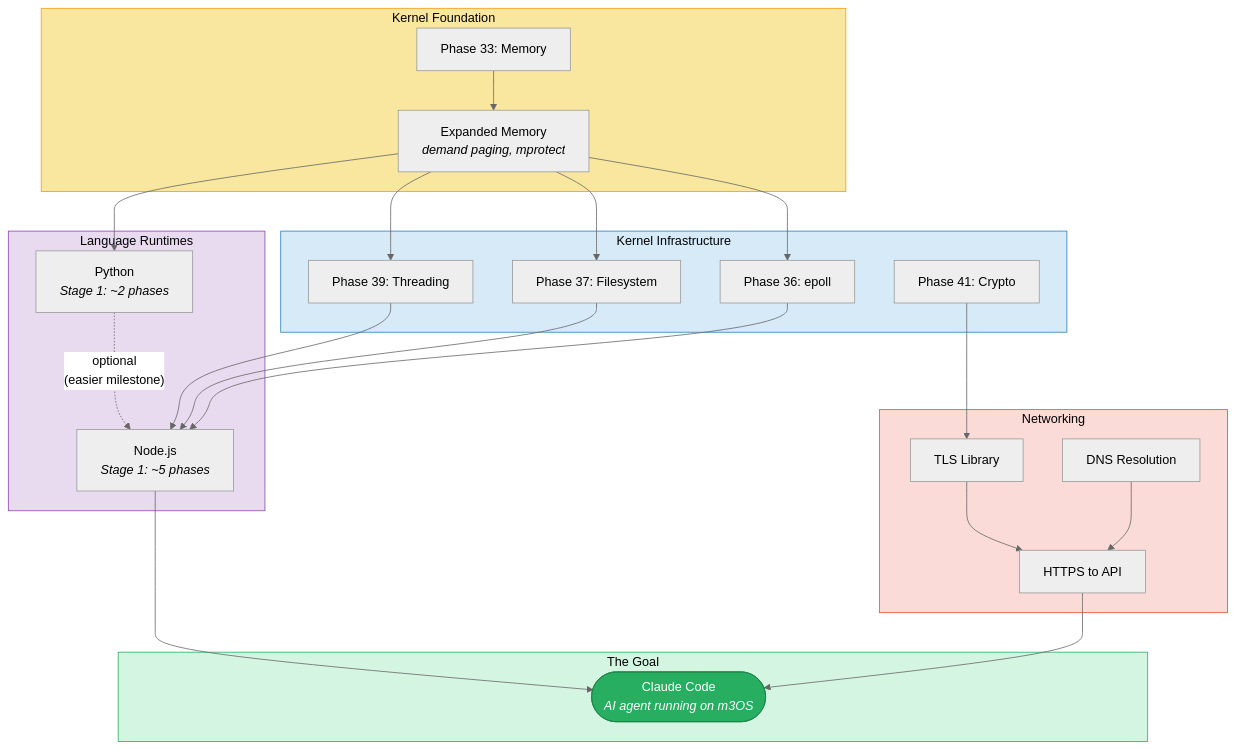
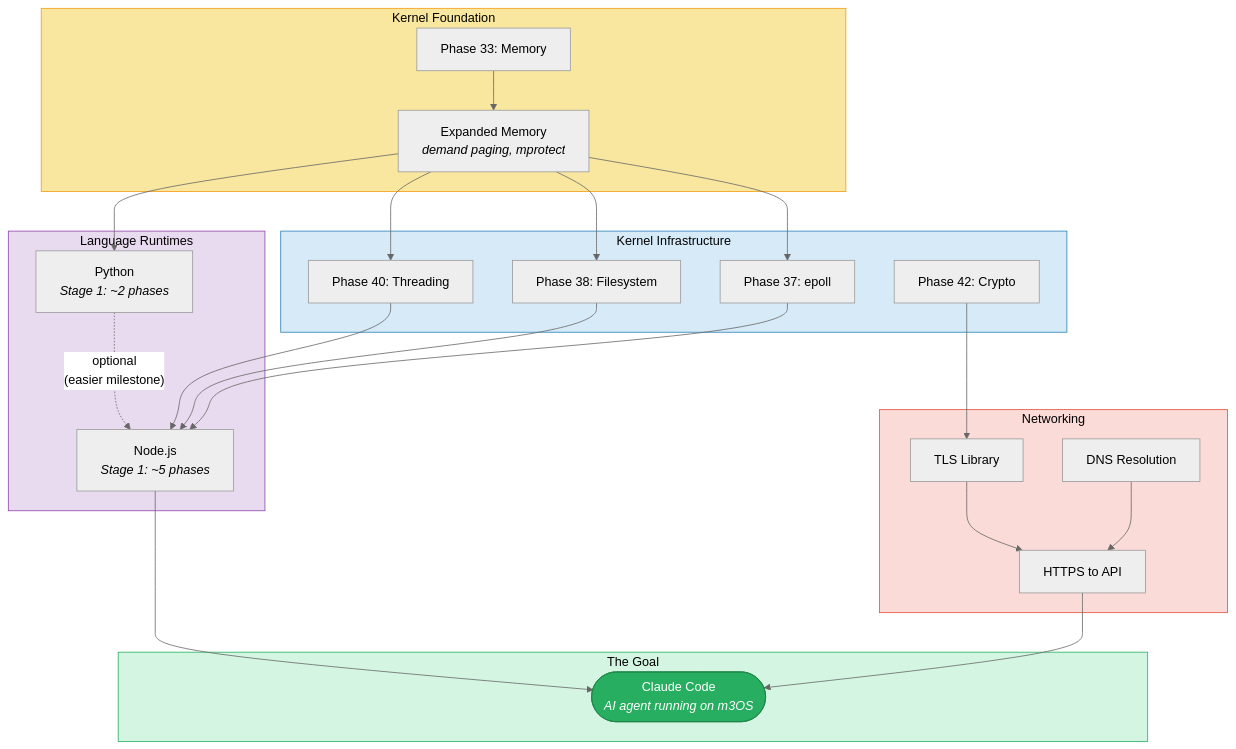
One commit to mikecubed/m3OS changed the first of 5 diagrams in docs/claude-code-roadmap.md. Above: the diagram before and after it, drawn with Mermaid (neutral theme). The commit also changed other lines of this file and 34 other files, not shown here.

````diff
--- a/docs/claude-code-roadmap.md
+++ b/docs/claude-code-roadmap.md
@@ -9,53 +9,53 @@
 ```mermaid
 flowchart TD
     subgraph FOUNDATION ["Kernel Foundation"]
         P33["Phase 33: Memory"]
         EM["Expanded Memory<br/><i>demand paging, mprotect</i>"]
         P33 --> EM
     end
 
     subgraph KERNEL ["Kernel Infrastructure"]
-        P36["Phase 36: epoll"]
-        P37["Phase 37: Filesystem"]
-        P39["Phase 39: Threading"]
-        P41["Phase 41: Crypto"]
+        P37["Phase 37: epoll"]
+        P38["Phase 38: Filesystem"]
+        P40["Phase 40: Threading"]
+        P42["Phase 42: Crypto"]
     end
 
     subgraph RUNTIMES ["Language Runtimes"]
         PY["Python<br/><i>Stage 1: ~2 phases</i>"]
         NODE["Node.js<br/><i>Stage 1: ~5 phases</i>"]
     end
 
     subgraph NETWORKING ["Networking"]
         TLS["TLS Library"]
         DNS["DNS Resolution"]
         HTTPS["HTTPS to API"]
     end
 
     subgraph GOAL ["The Goal"]
         CC(["Claude Code<br/><i>AI agent running on m3OS</i>"])
     end
 
-    EM --> P36
     EM --> P37
-    EM --> P39
+    EM --> P38
+    EM --> P40
     EM --> PY
 
-    P36 --> NODE
     P37 --> NODE
-    P39 --> NODE
-    P41 --> TLS
+    P38 --> NODE
+    P40 --> NODE
+    P42 --> TLS
     TLS --> HTTPS
     DNS --> HTTPS
     NODE --> CC
     HTTPS --> CC
 
     PY -.->|"optional<br/>(easier milestone)"| NODE
 
     style FOUNDATION fill:#f9e79f,stroke:#f39c12,color:#000
     style KERNEL fill:#d6eaf8,stroke:#2980b9,color:#000
     style RUNTIMES fill:#e8daef,stroke:#8e44ad,color:#000
     style NETWORKING fill:#fadbd8,stroke:#e74c3c,color:#000
     style GOAL fill:#d5f5e3,stroke:#27ae60,color:#000
     style CC fill:#27ae60,stroke:#1e8449,color:#fff
 ```
````
